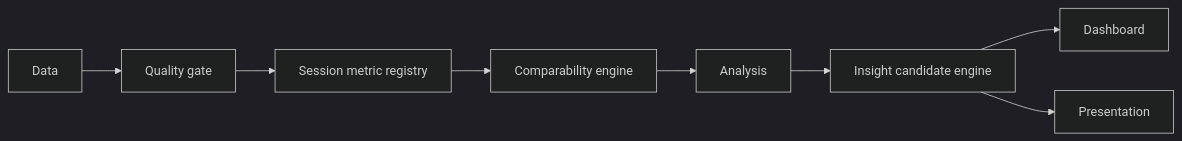
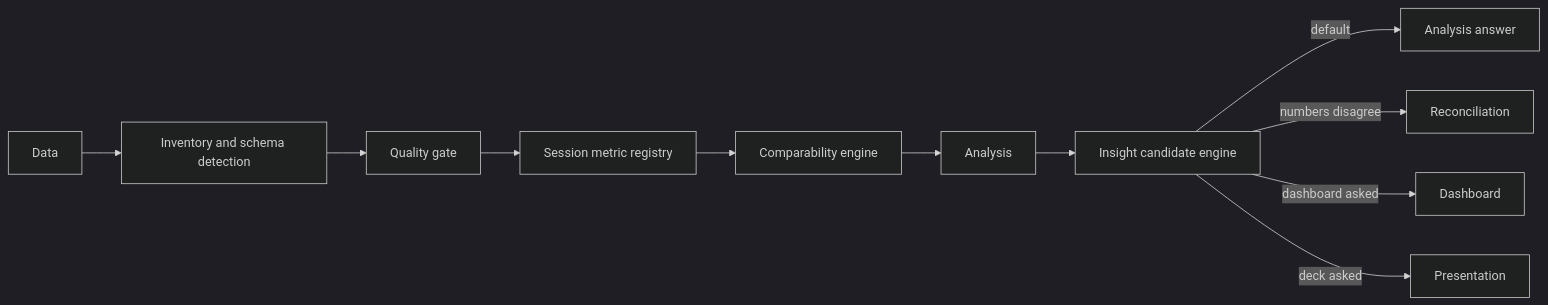
Before and after one commit to ali-demirbas/dashboard-builder: the diagram in README.md, drawn with Mermaid (dark theme). The commit also changed other lines of this file and 27 other files, not shown here.

First line of the commit message:
fix: second audit pass — statistics outcomes, data-quality checks, design system, public surface

````diff
--- a/README.md
+++ b/README.md
@@ -30,10 +30,13 @@
 ```mermaid
 flowchart LR
-    A[Data] --> B[Quality gate]
+    A[Data] --> I[Inventory and schema detection]
+    I --> B[Quality gate]
     B --> C[Session metric registry]
     C --> D[Comparability engine]
     D --> E[Analysis]
     E --> F[Insight candidate engine]
-    F --> G[Dashboard]
-    F --> H[Presentation]
+    F -->|default| J[Analysis answer]
+    F -->|numbers disagree| K[Reconciliation]
+    F -->|dashboard asked| G[Dashboard]
+    F -->|deck asked| H[Presentation]
 ```
````
